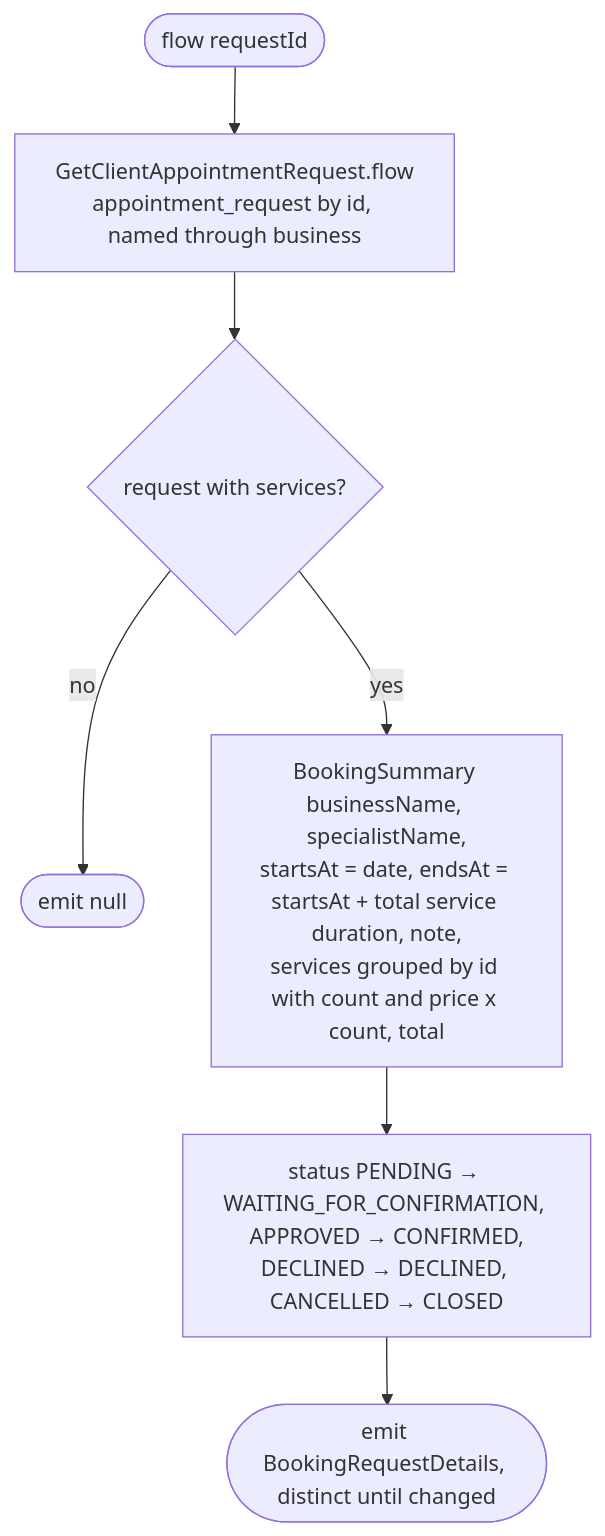
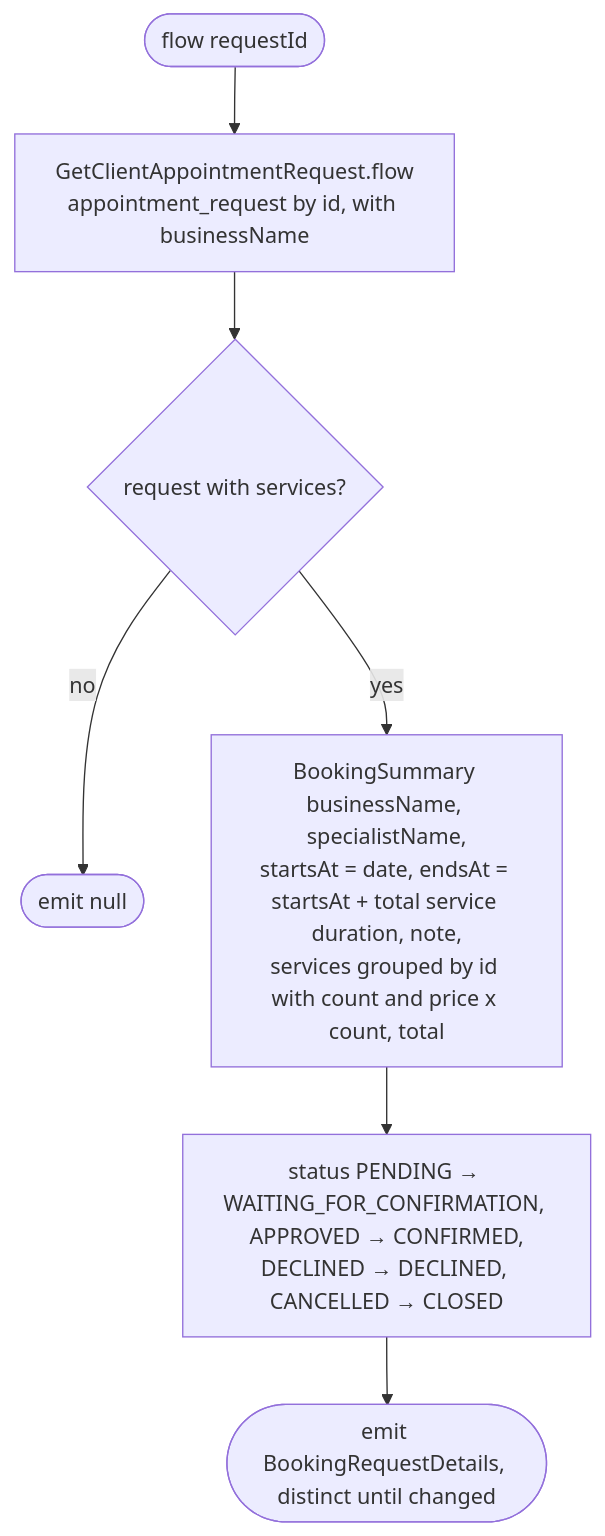
One commit to nocturneproperties/bookkme-client changed the diagram in docs/operations/booking/get-booking-request-details.md. Above: the diagram before and after it, drawn with Mermaid. The commit also changed 107 other files, not shown here.

````diff
--- a/docs/operations/booking/get-booking-request-details.md
+++ b/docs/operations/booking/get-booking-request-details.md
@@ -20,9 +20,9 @@
 ```mermaid
 flowchart TD
-    Start([flow requestId]) --> Read[GetClientAppointmentRequest.flow<br/>appointment_request by id, named through business]
+    Start([flow requestId]) --> Read[GetClientAppointmentRequest.flow<br/>appointment_request by id, with businessName]
     Read --> Cached{request with services?}
     Cached -- no --> Null([emit null])
     Cached -- yes --> Map[BookingSummary businessName, specialistName,<br/>startsAt = date, endsAt = startsAt + total service duration, note,<br/>services grouped by id with count and price x count, total]
     Map --> Status[status PENDING → WAITING_FOR_CONFIRMATION, APPROVED → CONFIRMED,<br/>DECLINED → DECLINED, CANCELLED → CLOSED]
     Status --> Emit([emit BookingRequestDetails, distinct until changed])
 ```
````
